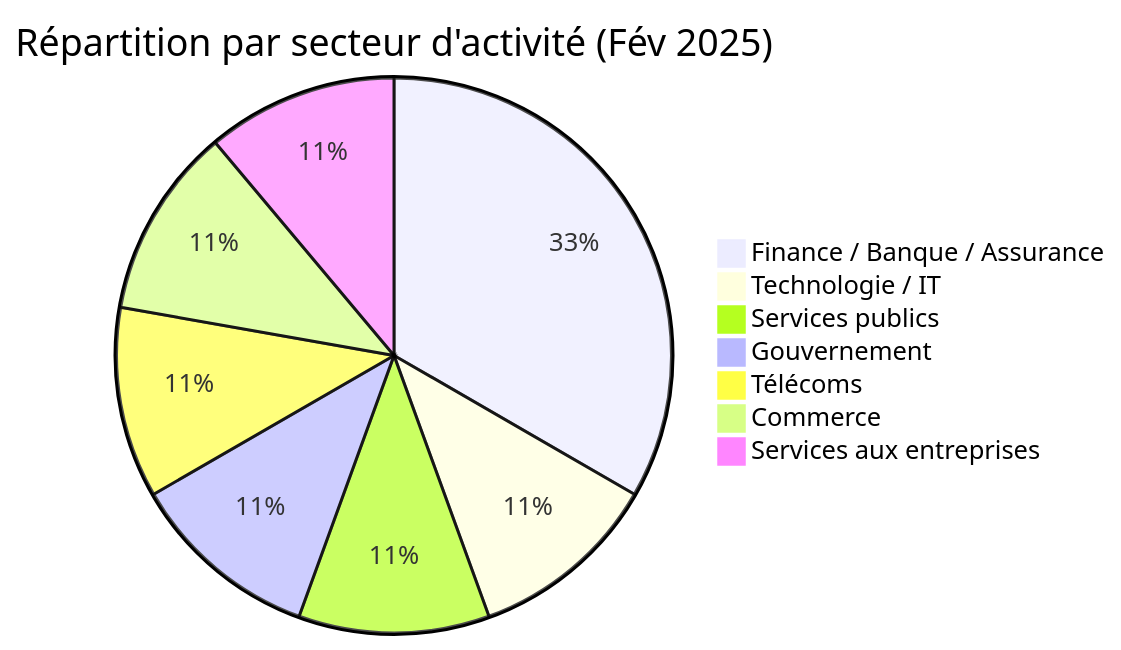
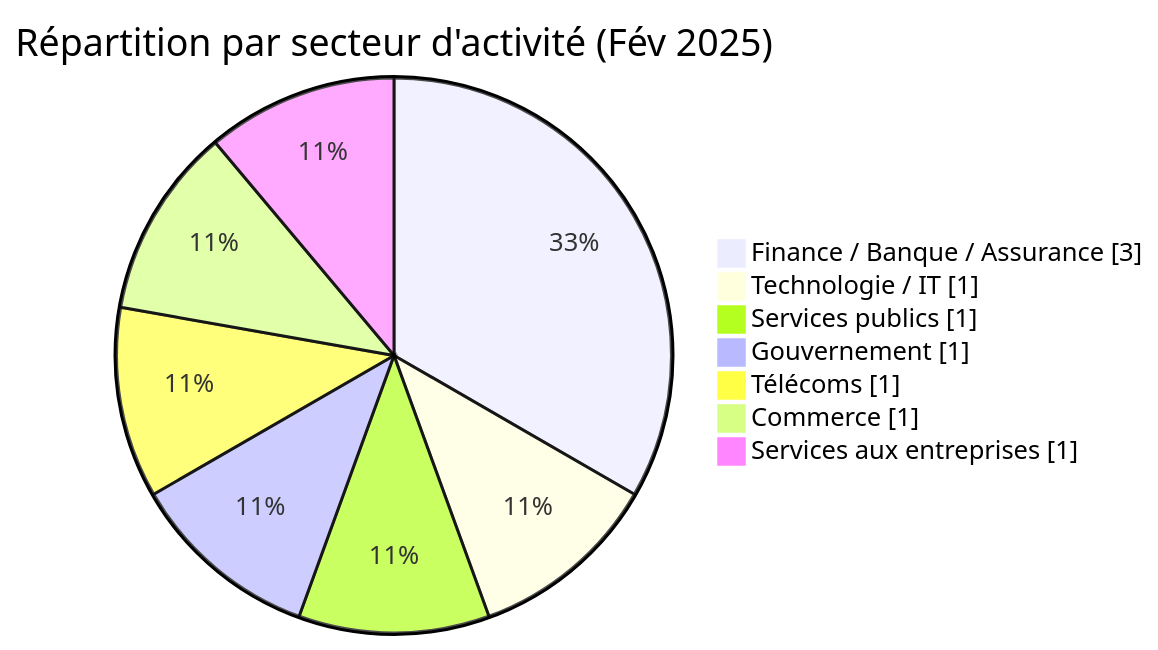
Before and after one commit to Hatchepsoute/AFRINTEL: the second of 7 diagrams in CyberAttackAfrica/2025/02-february/README_FR.md, drawn with Mermaid. The commit also changed other lines of this file and 182 other files, not shown here.

````diff
--- a/CyberAttackAfrica/2025/02-february/README_FR.md
+++ b/CyberAttackAfrica/2025/02-february/README_FR.md
@@ -55,10 +59,11 @@
 ```mermaid
-pie title Répartition par secteur d'activité (Fév 2025)
+pie showData
+    title Répartition par secteur d'activité (Fév 2025)
     "Finance / Banque / Assurance" : 3
     "Technologie / IT" : 1
     "Services publics" : 1
     "Gouvernement" : 1
     "Télécoms" : 1
     "Commerce" : 1
     "Services aux entreprises" : 1
 ```
````
